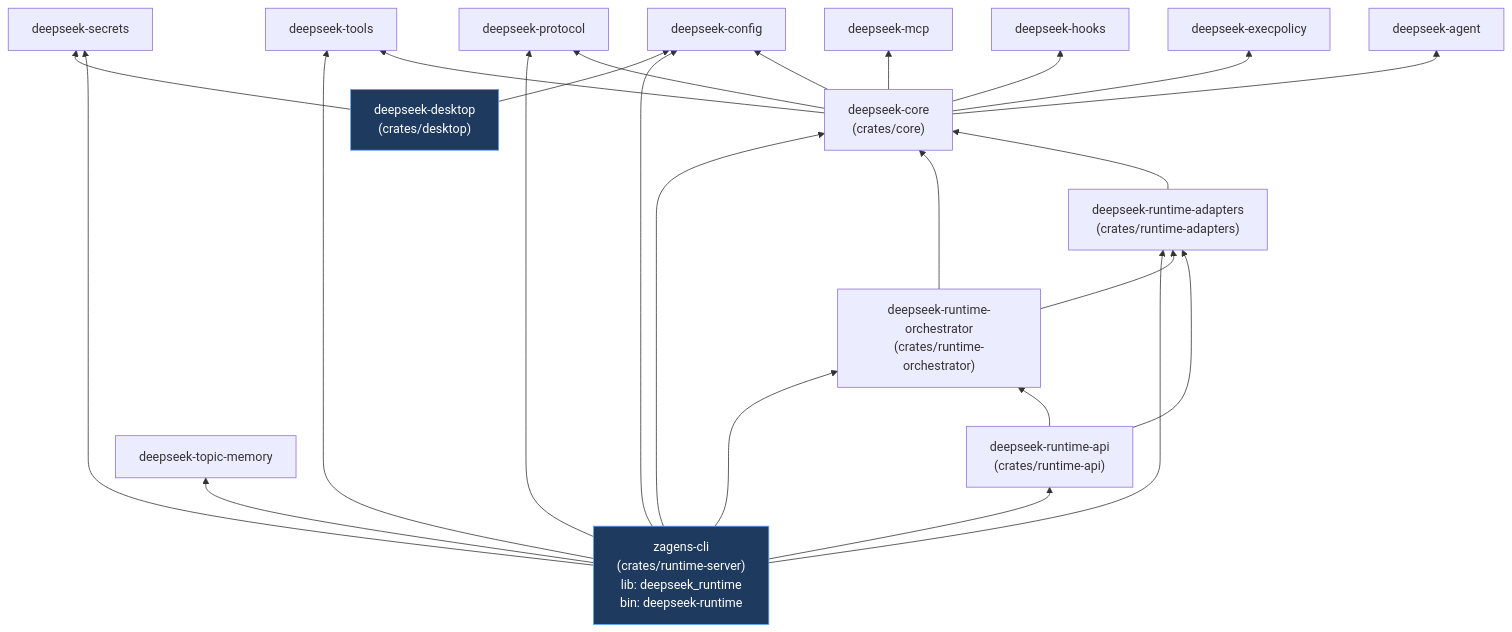
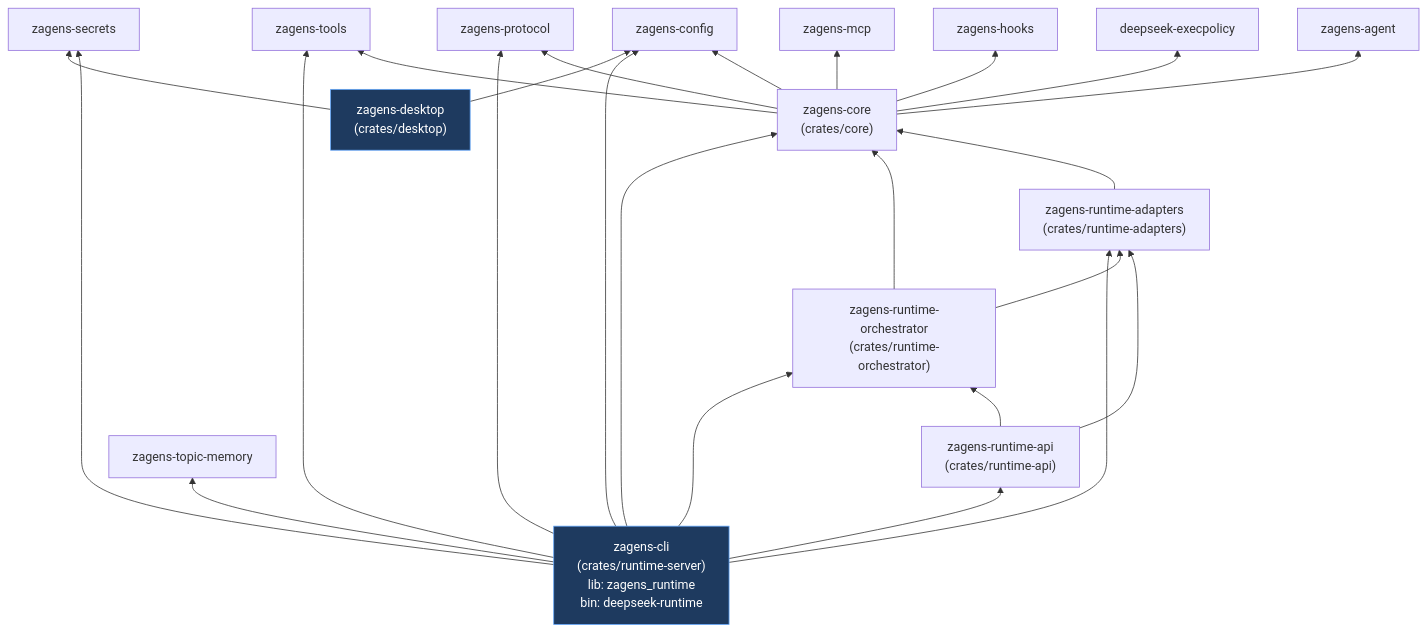
One commit to didclawapp-ai/zagens changed the fourth of 6 diagrams in docs/tech/RUNTIME_ARCHITECTURE.md. Above: the diagram before and after it, drawn with Mermaid. The commit also changed other lines of this file and 301 other files, not shown here.

First line of the commit message:
Rename runtime crates to zagens-* for crates.io ownership.

````diff
--- a/docs/tech/RUNTIME_ARCHITECTURE.md
+++ b/docs/tech/RUNTIME_ARCHITECTURE.md
@@ -337,47 +337,47 @@
 ```mermaid
 flowchart BT
-    DESK["deepseek-desktop<br/>(crates/desktop)"]
-    RT["zagens-cli<br/>(crates/runtime-server)<br/>lib: deepseek_runtime<br/>bin: deepseek-runtime"]
-    RTAPI["deepseek-runtime-api<br/>(crates/runtime-api)"]
-    RTO["deepseek-runtime-orchestrator<br/>(crates/runtime-orchestrator)"]
-    RTAD["deepseek-runtime-adapters<br/>(crates/runtime-adapters)"]
-    CORE["deepseek-core<br/>(crates/core)"]
-    TM["deepseek-topic-memory"]
-    PROTO["deepseek-protocol"]
-    CFG["deepseek-config"]
-    SEC["deepseek-secrets"]
-    TOOLS["deepseek-tools"]
-    AGENT["deepseek-agent"]
+    DESK["zagens-desktop<br/>(crates/desktop)"]
+    RT["zagens-cli<br/>(crates/runtime-server)<br/>lib: zagens_runtime<br/>bin: deepseek-runtime"]
+    RTAPI["zagens-runtime-api<br/>(crates/runtime-api)"]
+    RTO["zagens-runtime-orchestrator<br/>(crates/runtime-orchestrator)"]
+    RTAD["zagens-runtime-adapters<br/>(crates/runtime-adapters)"]
+    CORE["zagens-core<br/>(crates/core)"]
+    TM["zagens-topic-memory"]
+    PROTO["zagens-protocol"]
+    CFG["zagens-config"]
+    SEC["zagens-secrets"]
+    TOOLS["zagens-tools"]
+    AGENT["zagens-agent"]
     EXEC["deepseek-execpolicy"]
-    HOOKS["deepseek-hooks"]
-    MCP["deepseek-mcp"]
+    HOOKS["zagens-hooks"]
+    MCP["zagens-mcp"]
 
     DESK --> CFG
     DESK --> SEC
 
     RT --> RTAPI
     RT --> RTO
     RT --> RTAD
     RT --> CORE
     RT --> CFG
     RT --> SEC
     RT --> PROTO
     RT --> TOOLS
     RT --> TM
     RTO --> RTAD
     RTO --> CORE
     RTAPI --> RTAD
     RTAPI --> RTO
     RTAD --> CORE
 
     CORE --> AGENT
     CORE --> CFG
     CORE --> EXEC
     CORE --> HOOKS
     CORE --> MCP
     CORE --> PROTO
     CORE --> TOOLS
 
     classDef product fill:#1e3a5f,stroke:#60a5fa,color:#fff
     class DESK,RT product
 ```
````
